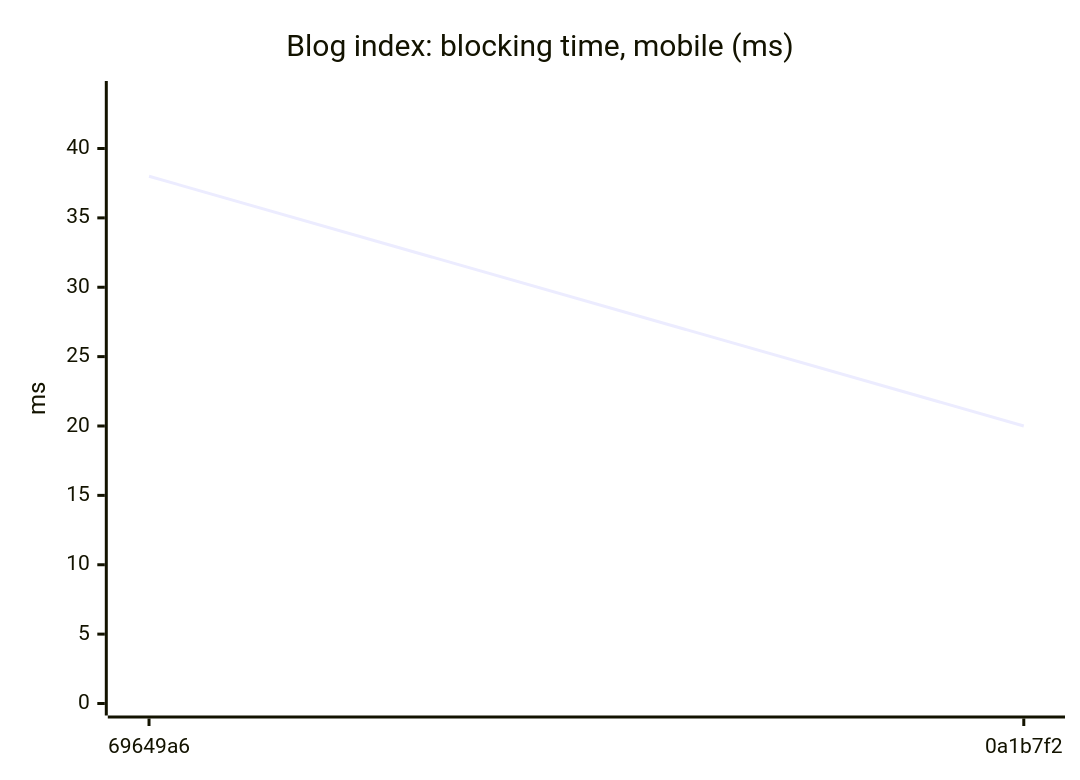
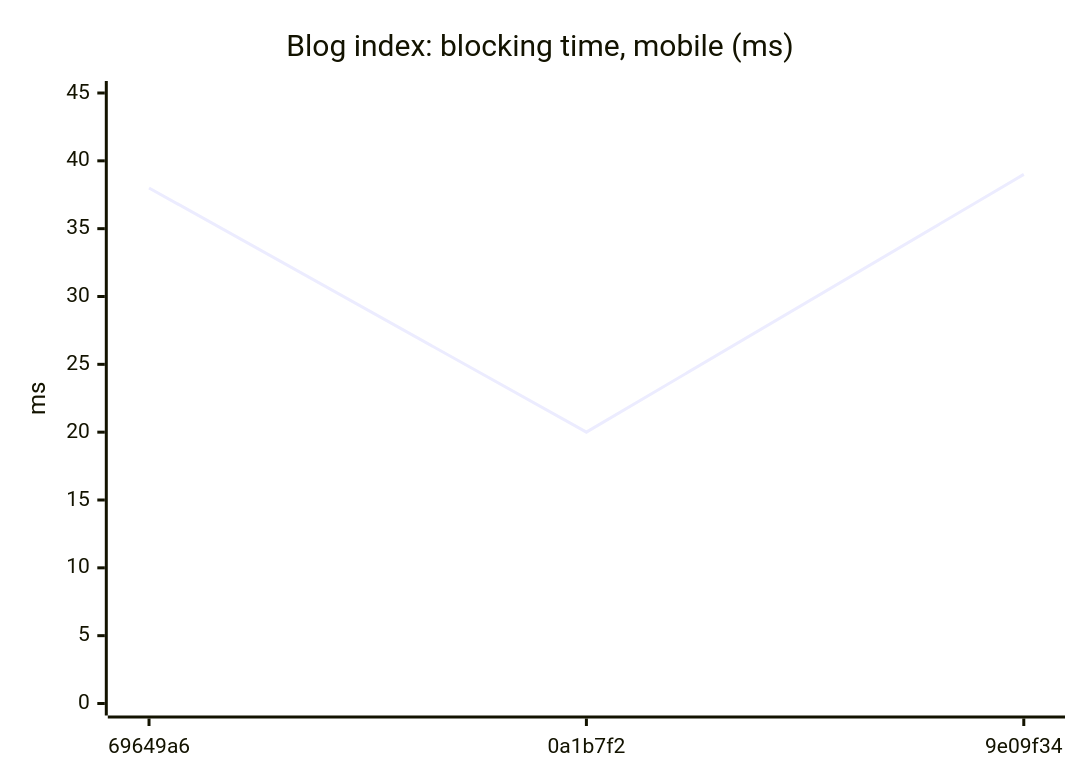
Before and after one commit to AxelUser/maltsev.space: the fourth of 18 diagrams in README.md, drawn with Mermaid. The commit also changed other lines of this file and 1 other file, not shown here.

````diff
--- a/README.md
+++ b/README.md
@@ -61,7 +61,7 @@
 ```mermaid
 xychart-beta
   title "Blog index: blocking time, mobile (ms)"
-  x-axis ["69649a6", "0a1b7f2"]
-  y-axis "ms" 0 --> 44
-  line [38, 20]
+  x-axis ["69649a6", "0a1b7f2", "9e09f34"]
+  y-axis "ms" 0 --> 45
+  line [38, 20, 39]
 ```
````
